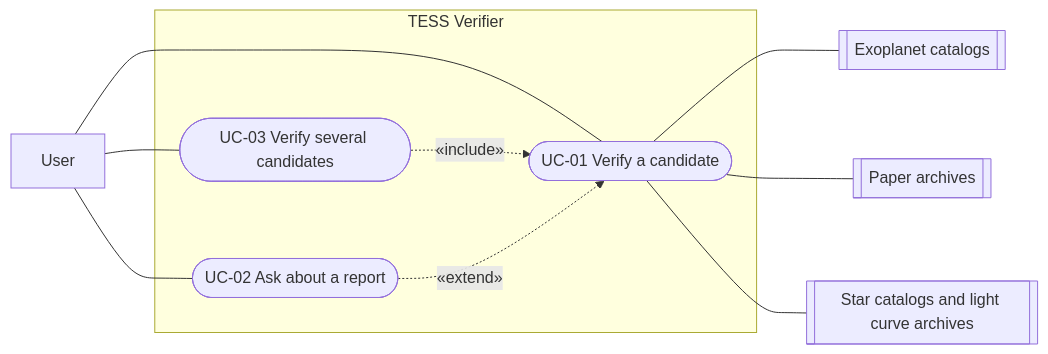
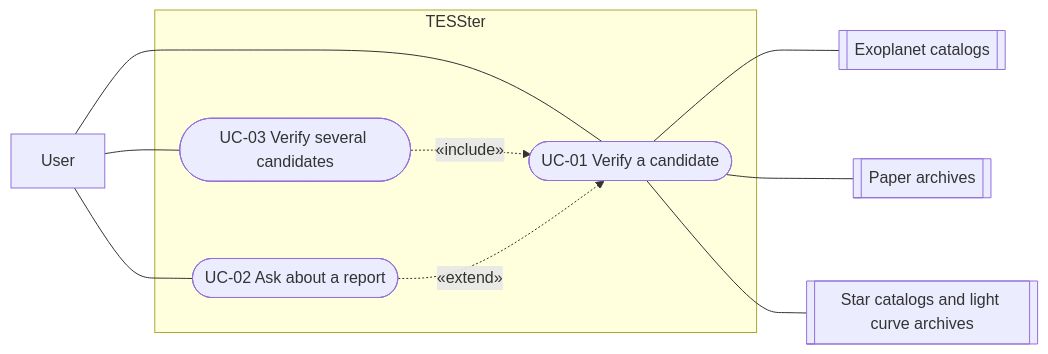
One commit to szczuror/tess-verifier changed the diagram in docs/use-cases.md. Above: the diagram before and after it, drawn with Mermaid. The commit also changed other lines of this file and 3 other files, not shown here.

````diff
--- a/docs/use-cases.md
+++ b/docs/use-cases.md
@@ -33,23 +33,23 @@
 ```mermaid
 flowchart LR
     user["User"]
 
-    subgraph system["TESS Verifier"]
+    subgraph system["TESSter"]
         uc1(["UC-01 Verify a candidate"])
         uc2(["UC-02 Ask about a report"])
         uc3(["UC-03 Verify several candidates"])
     end
 
     catalogs[["Exoplanet catalogs"]]
     papers[["Paper archives"]]
     stars[["Star catalogs and light curve archives"]]
 
     user --- uc1
     user --- uc2
     user --- uc3
     uc3 -.->|"«include»"| uc1
     uc2 -.->|"«extend»"| uc1
     uc1 --- catalogs
     uc1 --- papers
     uc1 --- stars
 ```
````
